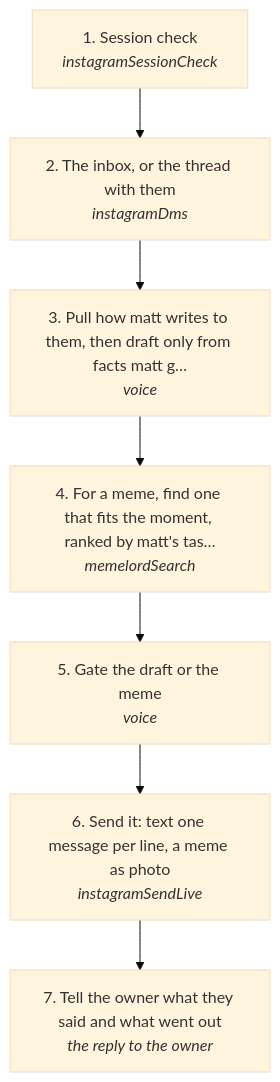
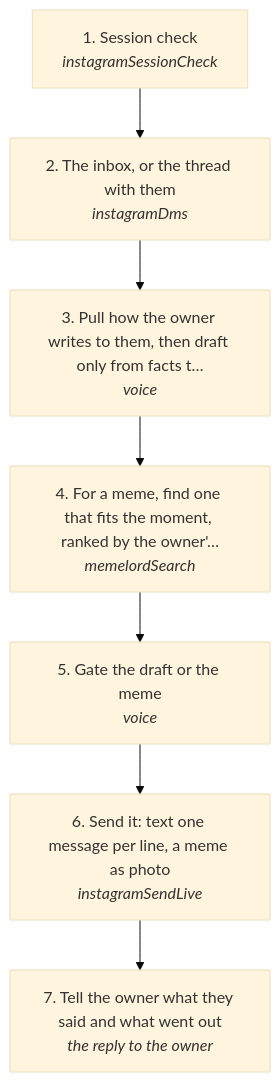
The diagram in docs/useCases/instagram/dmReply.md (matthewdonsemail-lab/log), drawn with Mermaid (base theme) before and after one commit. The commit also changed other lines of this file and 267 other files, not shown here.

````diff
--- a/docs/useCases/instagram/dmReply.md
+++ b/docs/useCases/instagram/dmReply.md
@@ -14,16 +14,16 @@
 ```mermaid
 flowchart TD
   s0["1. Session check<br/><i>instagramSessionCheck</i>"]
   s1["2. The inbox, or the thread with them<br/><i>instagramDms</i>"]
-  s2["3. Pull how matt writes to them, then draft only from facts matt g…<br/><i>voice</i>"]
-  s3["4. For a meme, find one that fits the moment, ranked by matt's tas…<br/><i>memelordSearch</i>"]
+  s2["3. Pull how the owner writes to them, then draft only from facts t…<br/><i>voice</i>"]
+  s3["4. For a meme, find one that fits the moment, ranked by the owner'…<br/><i>memelordSearch</i>"]
   s4["5. Gate the draft or the meme<br/><i>voice</i>"]
   s5["6. Send it: text one message per line, a meme as photo<br/><i>instagramSendLive</i>"]
   s6["7. Tell the owner what they said and what went out<br/><i>the reply to the owner</i>"]
   s0 --> s1
   s1 --> s2
   s2 --> s3
   s3 --> s4
   s4 --> s5
   s5 --> s6
 ```
````
